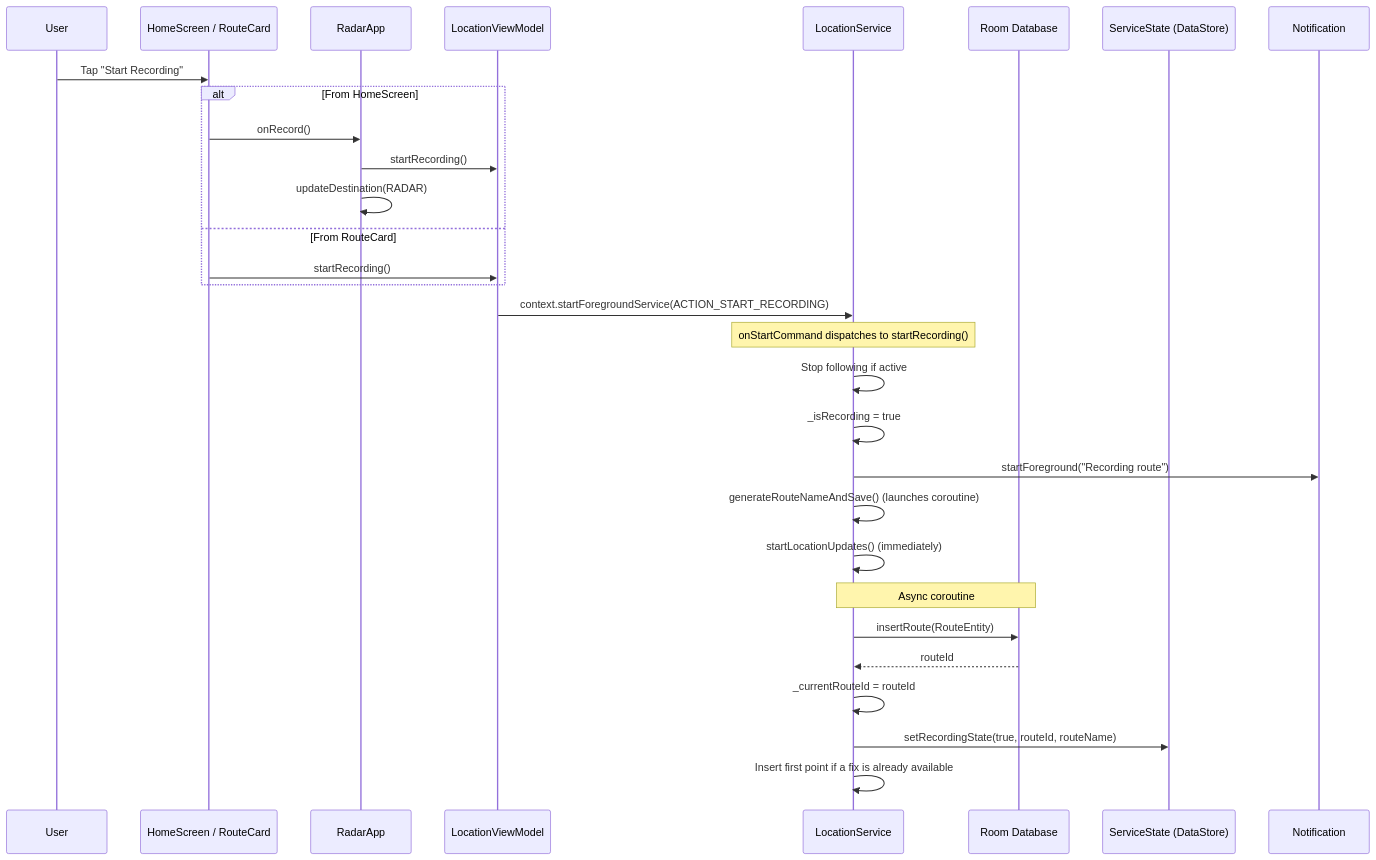
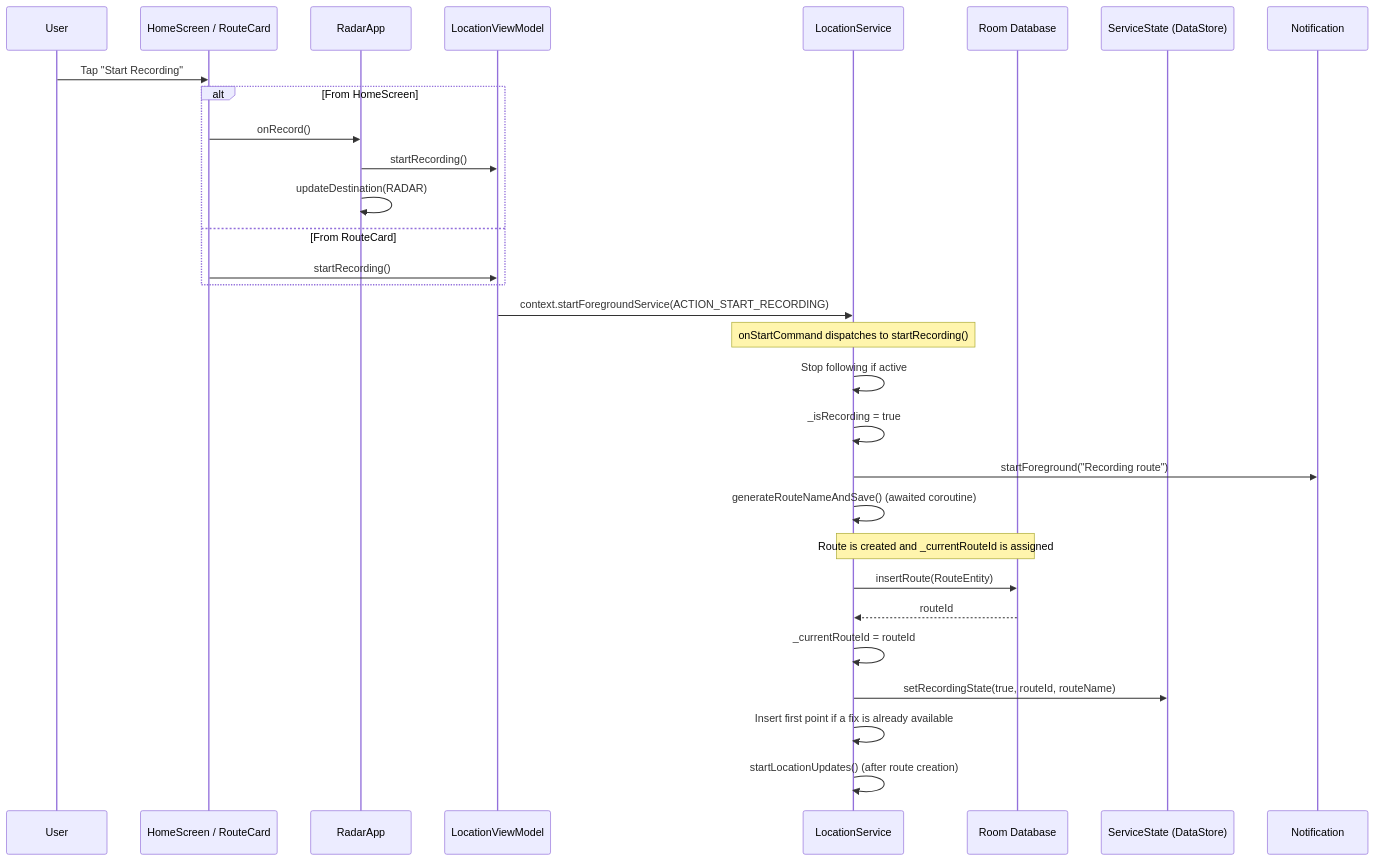
The third of 7 diagrams in docs/architecture/data-flow.md (ameraldo/Radar), drawn with Mermaid before and after one commit. The commit also changed other lines of this file and 13 other files, not shown here.

````diff
--- a/docs/architecture/data-flow.md
+++ b/docs/architecture/data-flow.md
@@ -81,33 +81,33 @@
 ```mermaid
 sequenceDiagram
     participant User
     participant UI as HomeScreen / RouteCard
     participant App as RadarApp
     participant VM as LocationViewModel
     participant Service as LocationService
     participant Room as Room Database
     participant State as ServiceState (DataStore)
     participant Notif as Notification
 
     User->>UI: Tap "Start Recording"
     alt From HomeScreen
         UI->>App: onRecord()
         App->>VM: startRecording()
         App->>App: updateDestination(RADAR)
     else From RouteCard
         UI->>VM: startRecording()
     end
     VM->>Service: context.startForegroundService(ACTION_START_RECORDING)
     Note over Service: onStartCommand dispatches to startRecording()
     Service->>Service: Stop following if active
     Service->>Service: _isRecording = true
     Service->>Notif: startForeground("Recording route")
-    Service->>Service: generateRouteNameAndSave() (launches coroutine)
-    Service->>Service: startLocationUpdates() (immediately)
-    Note over Service,Room: Async coroutine
+    Service->>Service: generateRouteNameAndSave() (awaited coroutine)
+    Note over Service,Room: Route is created and _currentRouteId is assigned
     Service->>Room: insertRoute(RouteEntity)
     Room-->>Service: routeId
     Service->>Service: _currentRouteId = routeId
     Service->>State: setRecordingState(true, routeId, routeName)
     Service->>Service: Insert first point if a fix is already available
+    Service->>Service: startLocationUpdates() (after route creation)
 ```
````
